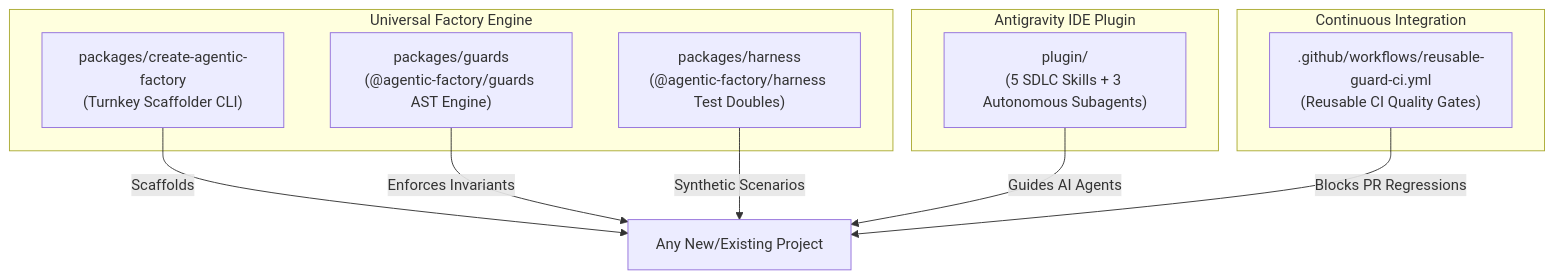
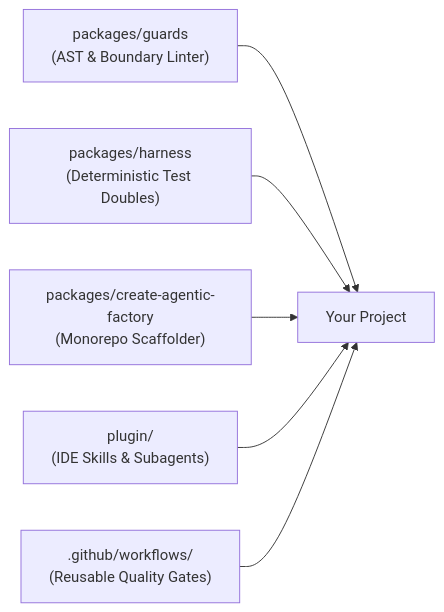
The diagram in README.md (vantrangradion/agentic-factory), drawn with Mermaid before and after one commit. The commit also changed other lines of this file, not shown here.

````diff
--- a/README.md
+++ b/README.md
@@ -26,22 +146,14 @@
 ```mermaid
-flowchart TD
-    subgraph Core["Universal Factory Engine"]
-        CLI["packages/create-agentic-factory\n(Turnkey Scaffolder CLI)"]
-        Guards["packages/guards\n(@agentic-factory/guards AST Engine)"]
-        Harness["packages/harness\n(@agentic-factory/harness Test Doubles)"]
-    end
+flowchart LR
+    Guards["packages/guards\n(AST & Boundary Linter)"]
+    Harness["packages/harness\n(Deterministic Test Doubles)"]
+    CLI["packages/create-agentic-factory\n(Monorepo Scaffolder)"]
+    Plugin["plugin/\n(IDE Skills & Subagents)"]
+    CI[".github/workflows/\n(Reusable Quality Gates)"]
 
-    subgraph Plugin["Antigravity IDE Plugin"]
-        P["plugin/\n(5 SDLC Skills + 3 Autonomous Subagents)"]
-    end
-
-    subgraph CI["Continuous Integration"]
-        GHA[".github/workflows/reusable-guard-ci.yml\n(Reusable CI Quality Gates)"]
-    end
-
-    CLI -->|Scaffolds| NewProject["Any New/Existing Project"]
-    Guards -->|Enforces Invariants| NewProject
-    Harness -->|Synthetic Scenarios| NewProject
-    P -->|Guides AI Agents| NewProject
-    GHA -->|Blocks PR Regressions| NewProject
+    Guards --> TargetApp["Your Project"]
+    Harness --> TargetApp
+    CLI --> TargetApp
+    Plugin --> TargetApp
+    CI --> TargetApp
 ```
````
